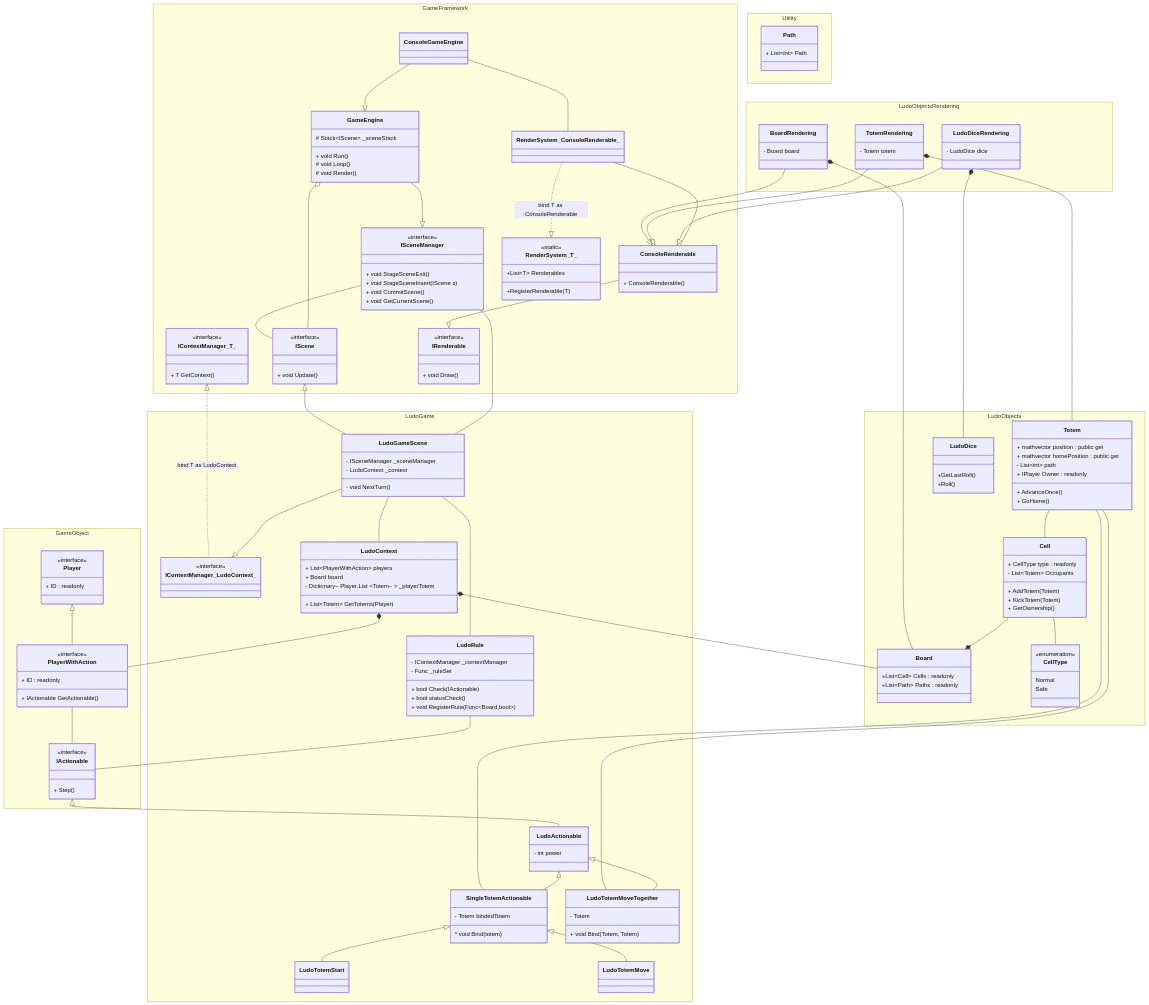
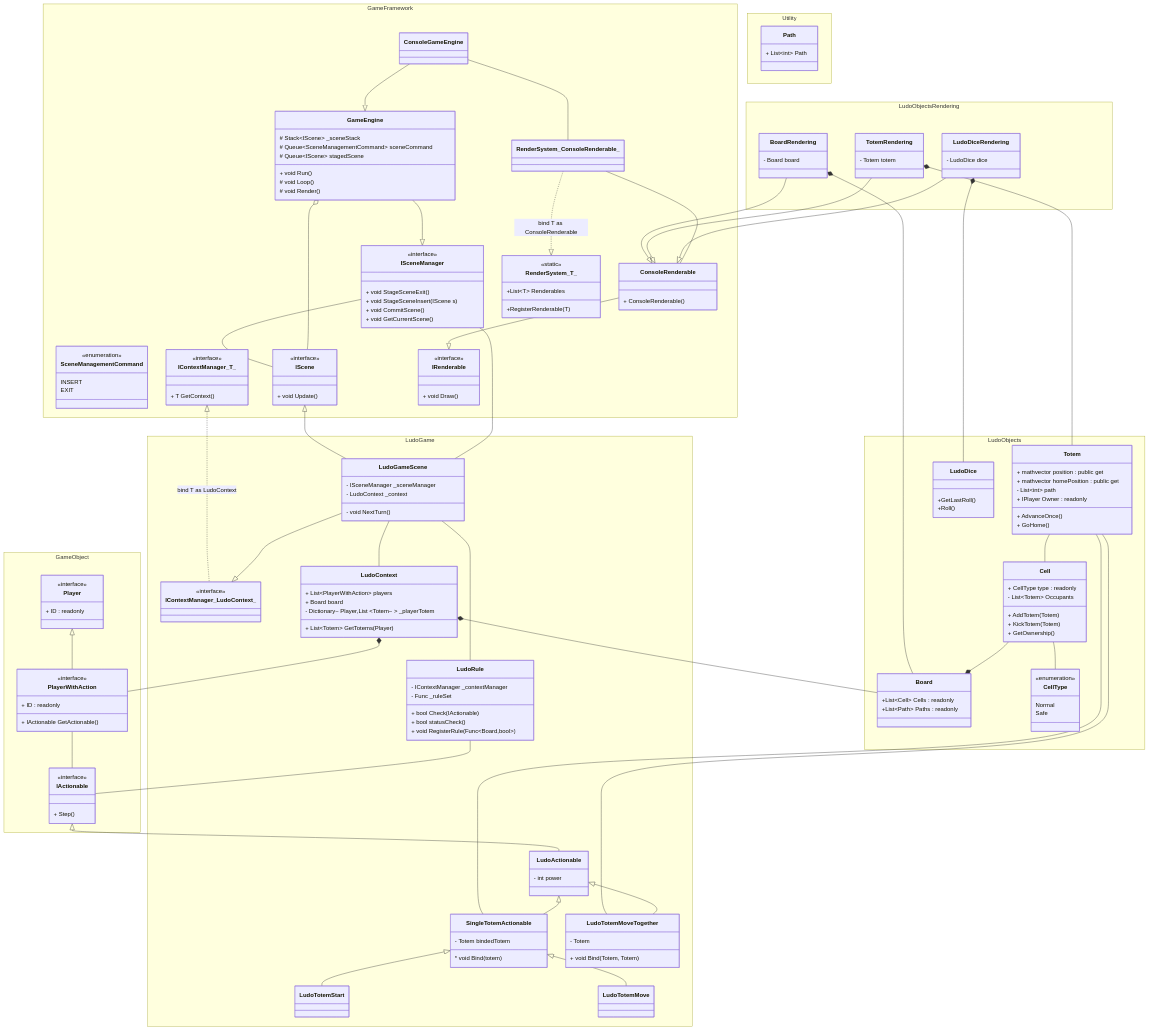
One commit to probabilitynokami/ClassDiagram changed the first of 2 diagrams in Ludo.md. Above: the diagram before and after it, drawn with Mermaid.

Commit message:
added scenemanagement enum to class diagram

```diff
--- a/Ludo.md
+++ b/Ludo.md
@@ -13,9 +13,15 @@
             + void CommitScene()
             + void GetCurrentScene()
         }
-
+        class SceneManagementCommand{
+            <<enumeration>>
+            INSERT
+            EXIT
+        }
         class GameEngine{
             # Stack~IScene~ _sceneStack
+            # Queue~SceneManagementCommand~ sceneCommand
+            # Queue~IScene~ stagedScene
             + void Run()
             # void Loop()
             # void Render()
```
